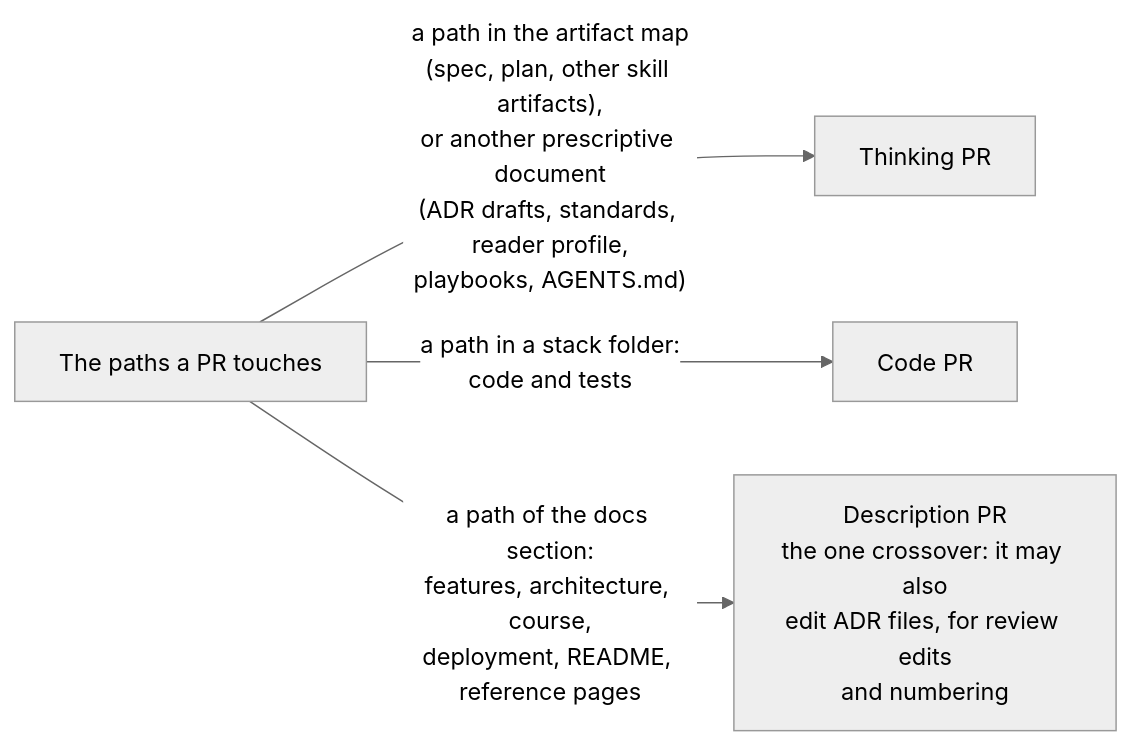
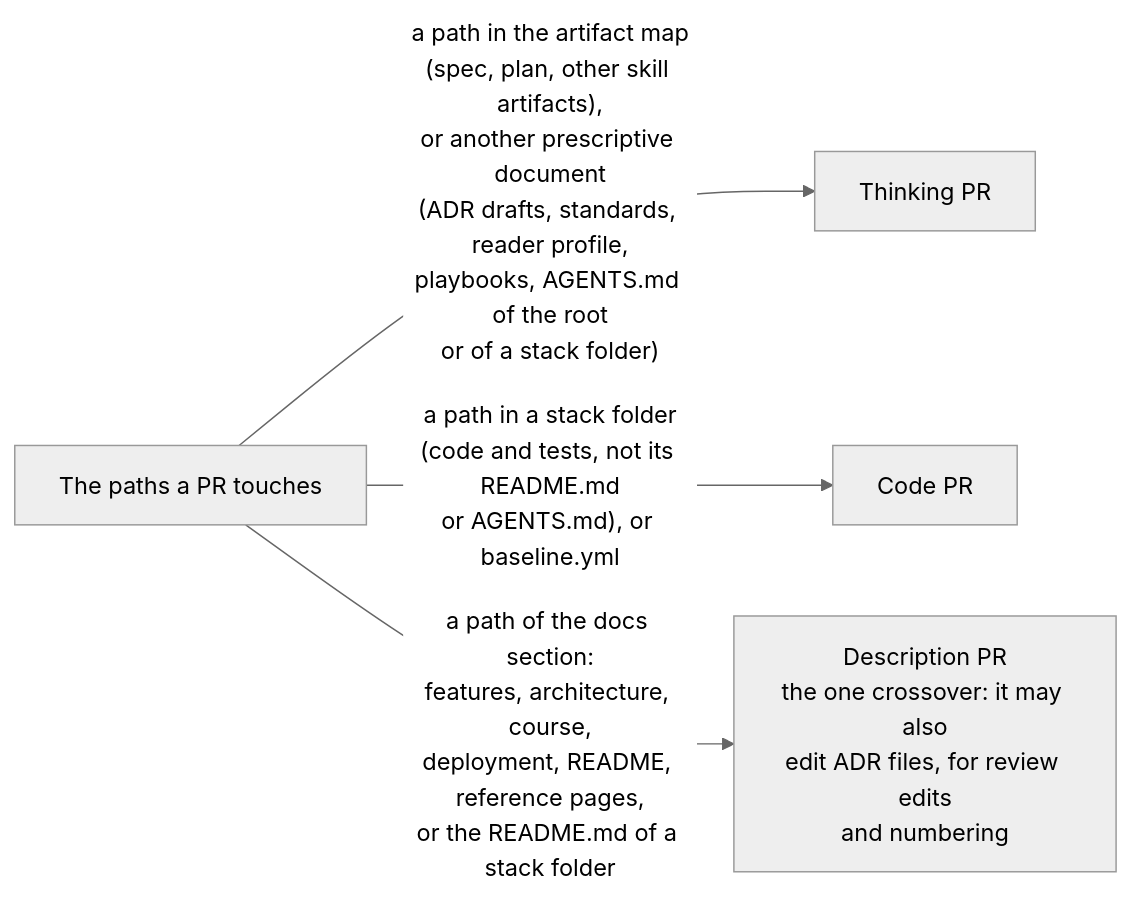
One commit to chandanbsd/baseline-framework changed the second of 3 diagrams in standard/03-stack-model.md. Above: the diagram before and after it, drawn with Mermaid (neutral theme). The commit also changed other lines of this file and 6 other files, not shown here.

````diff
--- a/standard/03-stack-model.md
+++ b/standard/03-stack-model.md
@@ -84,10 +84,10 @@
 ```mermaid
 flowchart LR
     P["The paths a PR touches"]
     T["Thinking PR"]
     C["Code PR"]
     D["Description PR<br/>the one crossover: it may also<br/>edit ADR files, for review edits<br/>and numbering"]
-    P -->|"a path in the artifact map<br/>(spec, plan, other skill artifacts),<br/>or another prescriptive document<br/>(ADR drafts, standards, reader profile,<br/>playbooks, AGENTS.md)"| T
-    P -->|"a path in a stack folder:<br/>code and tests"| C
-    P -->|"a path of the docs section:<br/>features, architecture, course,<br/>deployment, README, reference pages"| D
+    P -->|"a path in the artifact map<br/>(spec, plan, other skill artifacts),<br/>or another prescriptive document<br/>(ADR drafts, standards, reader profile,<br/>playbooks, AGENTS.md of the root<br/>or of a stack folder)"| T
+    P -->|"a path in a stack folder<br/>(code and tests, not its README.md<br/>or AGENTS.md), or baseline.yml"| C
+    P -->|"a path of the docs section:<br/>features, architecture, course,<br/>deployment, README, reference pages,<br/>or the README.md of a stack folder"| D
 ```
````
